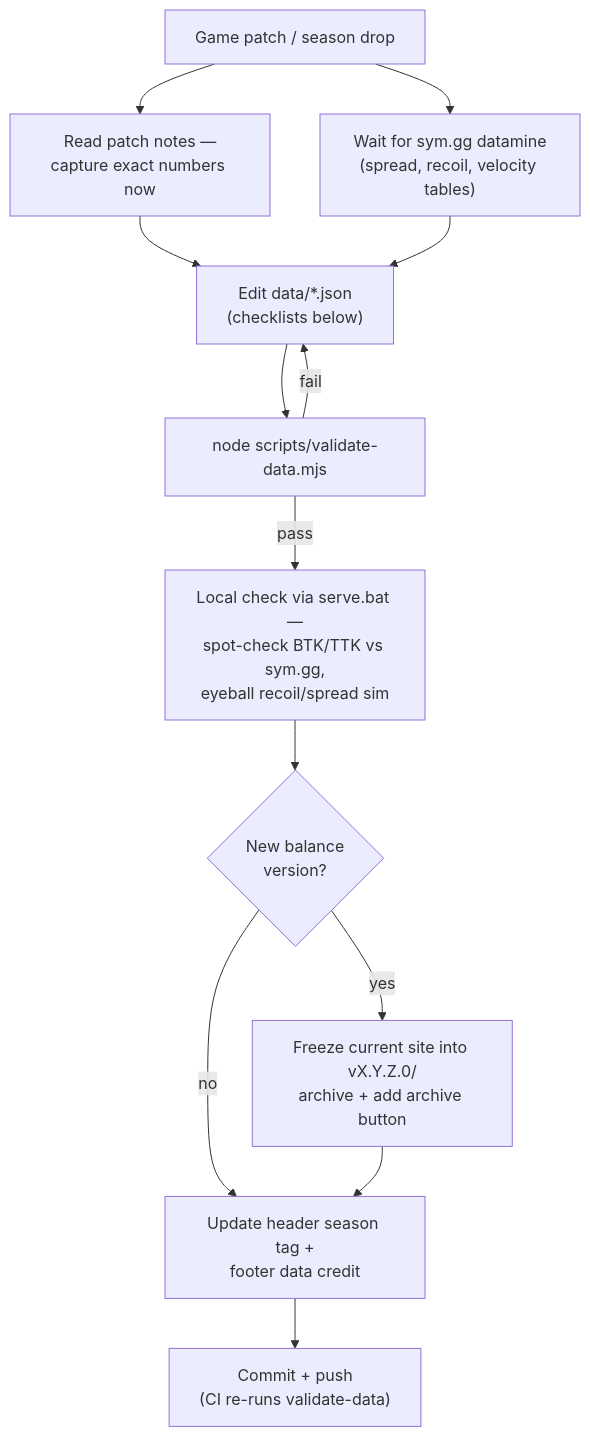
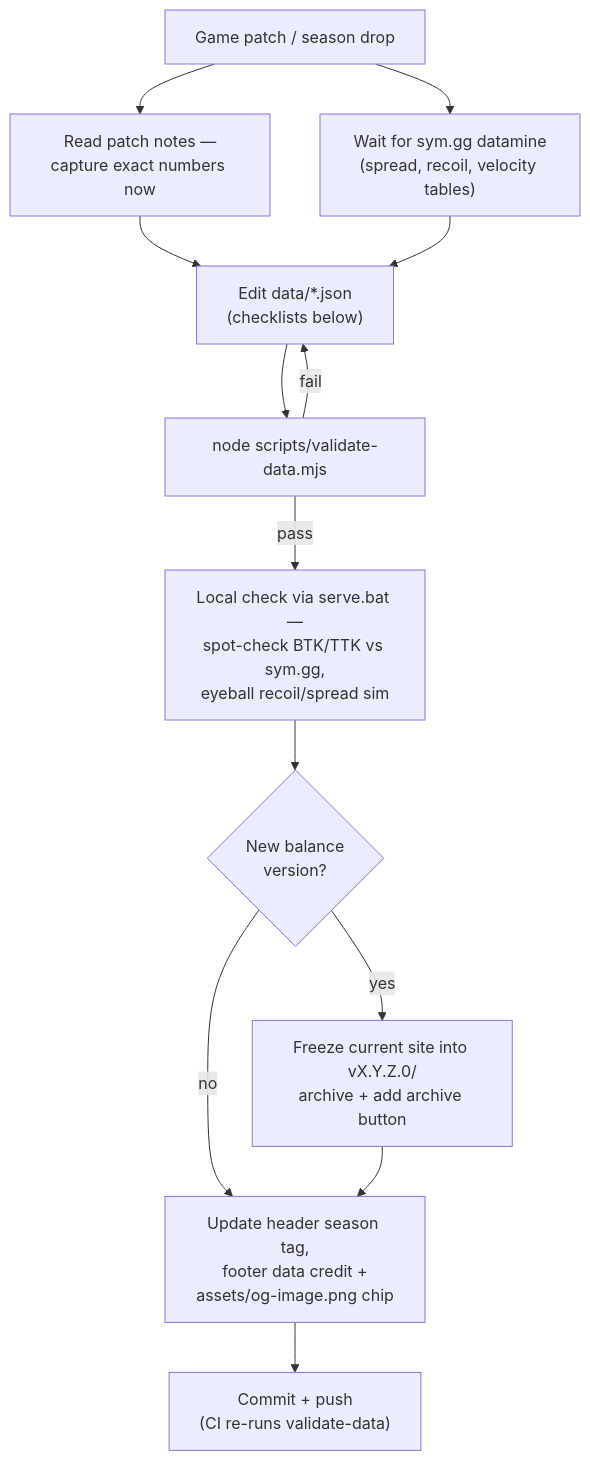
The diagram in MAINTENANCE.md (raymdl/BF6-Weapon-Analyzer), drawn with Mermaid before and after one commit. The commit also changed other lines of this file and 2 other files, not shown here.

````diff
--- a/MAINTENANCE.md
+++ b/MAINTENANCE.md
@@ -81,15 +88,15 @@
 ```mermaid
 flowchart TD
     P["Game patch / season drop"] --> N["Read patch notes —<br/>capture exact numbers now"]
     P --> SY["Wait for sym.gg datamine<br/>(spread, recoil, velocity tables)"]
     N --> E["Edit data/*.json<br/>(checklists below)"]
     SY --> E
     E --> V["node scripts/validate-data.mjs"]
     V -- fail --> E
     V -- pass --> L["Local check via serve.bat —<br/>spot-check BTK/TTK vs sym.gg,<br/>eyeball recoil/spread sim"]
     L --> AR{"New balance<br/>version?"}
     AR -- yes --> F["Freeze current site into vX.Y.Z.0/<br/>archive + add archive button"]
-    AR -- no --> H["Update header season tag +<br/>footer data credit"]
+    AR -- no --> H["Update header season tag,<br/>footer data credit +<br/>assets/og-image.png chip"]
     F --> H
     H --> C["Commit + push<br/>(CI re-runs validate-data)"]
 ```
````
